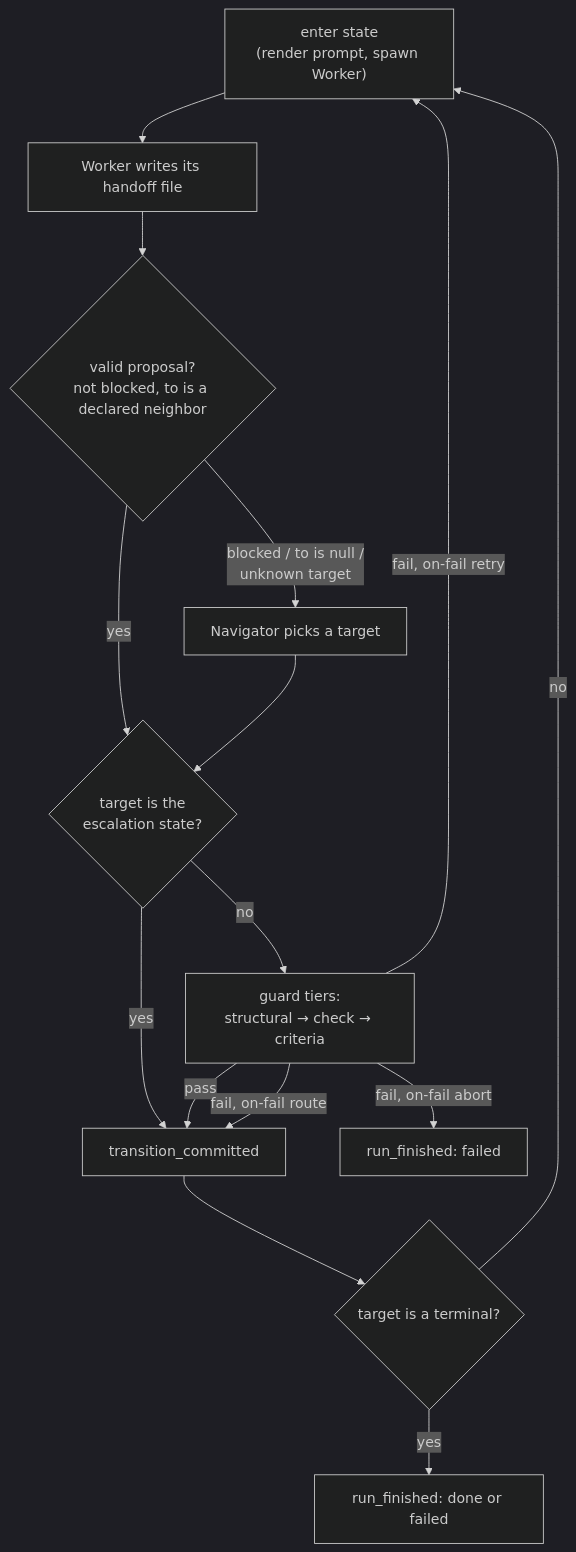
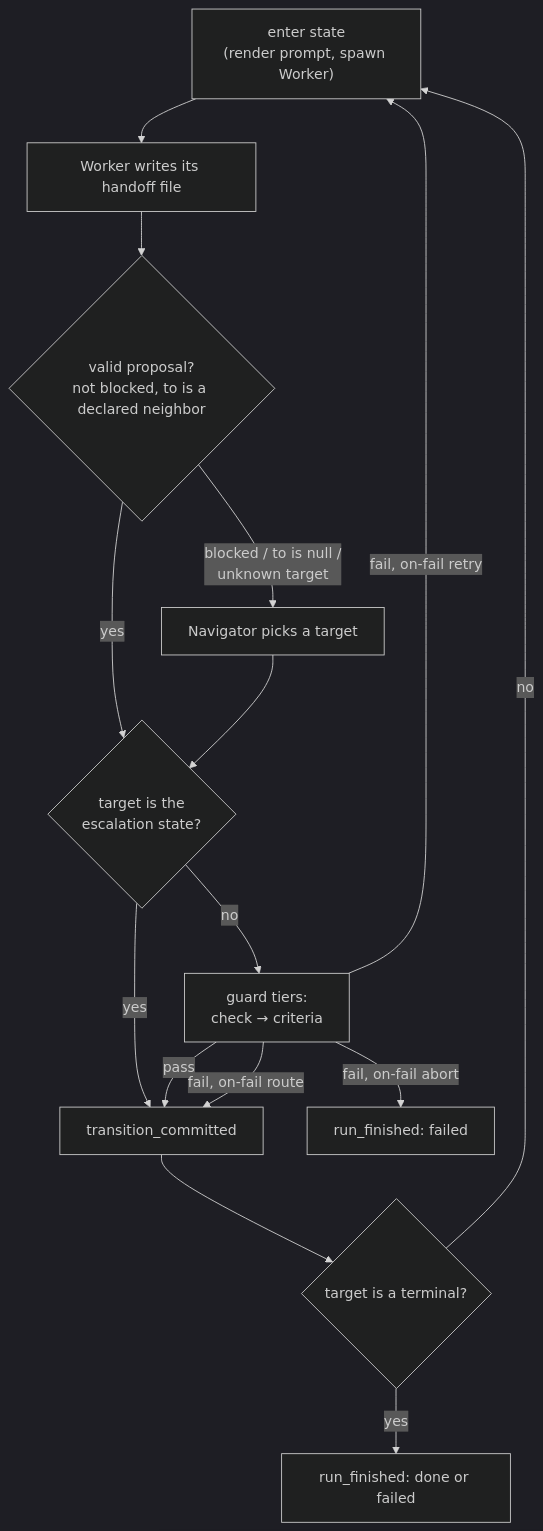
One commit to dfontana/loop changed the diagram in docs/02-how-it-works.md. Above: the diagram before and after it, drawn with Mermaid (dark theme). The commit also changed other lines of this file and 60 other files, not shown here.

````diff
--- a/docs/02-how-it-works.md
+++ b/docs/02-how-it-works.md
@@ -17,17 +17,17 @@
 ```mermaid
 flowchart TD
     A["enter state<br/>(render prompt, spawn Worker)"] --> B["Worker writes its handoff file"]
     B --> C{"valid proposal?<br/>not blocked, to is a declared neighbor"}
     C -->|yes| D{"target is the<br/>escalation state?"}
     C -->|"blocked / to is null /<br/>unknown target"| N["Navigator picks a target"]
     N --> D
     D -->|yes| K["transition_committed"]
-    D -->|no| G["guard tiers:<br/>structural → check → criteria"]
+    D -->|no| G["guard tiers:<br/>check → criteria"]
     G -->|pass| K
     G -->|"fail, on-fail retry"| A
     G -->|"fail, on-fail route"| K
     G -->|"fail, on-fail abort"| X["run_finished: failed"]
     K --> Y{"target is a terminal?"}
     Y -->|no| A
     Y -->|yes| Z["run_finished: done or failed"]
 ```
````
